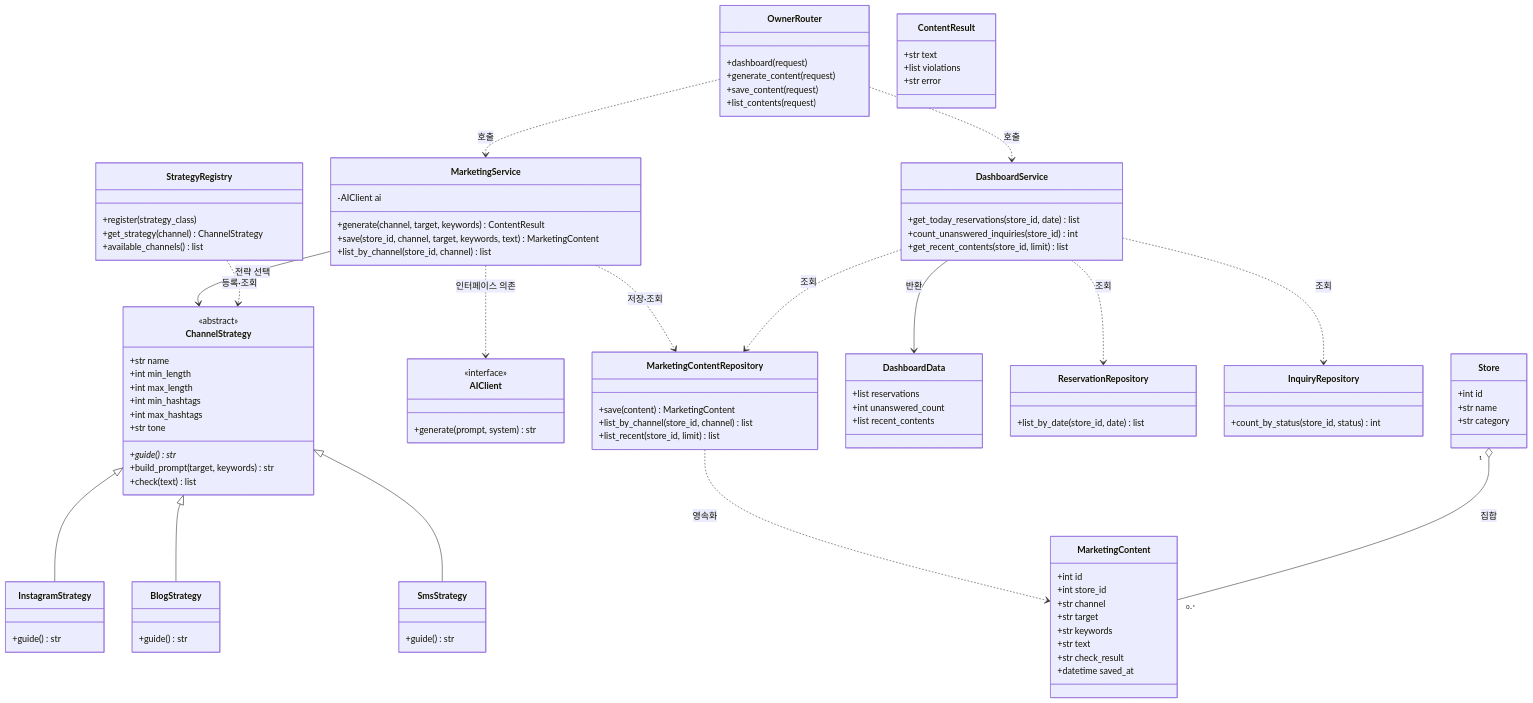
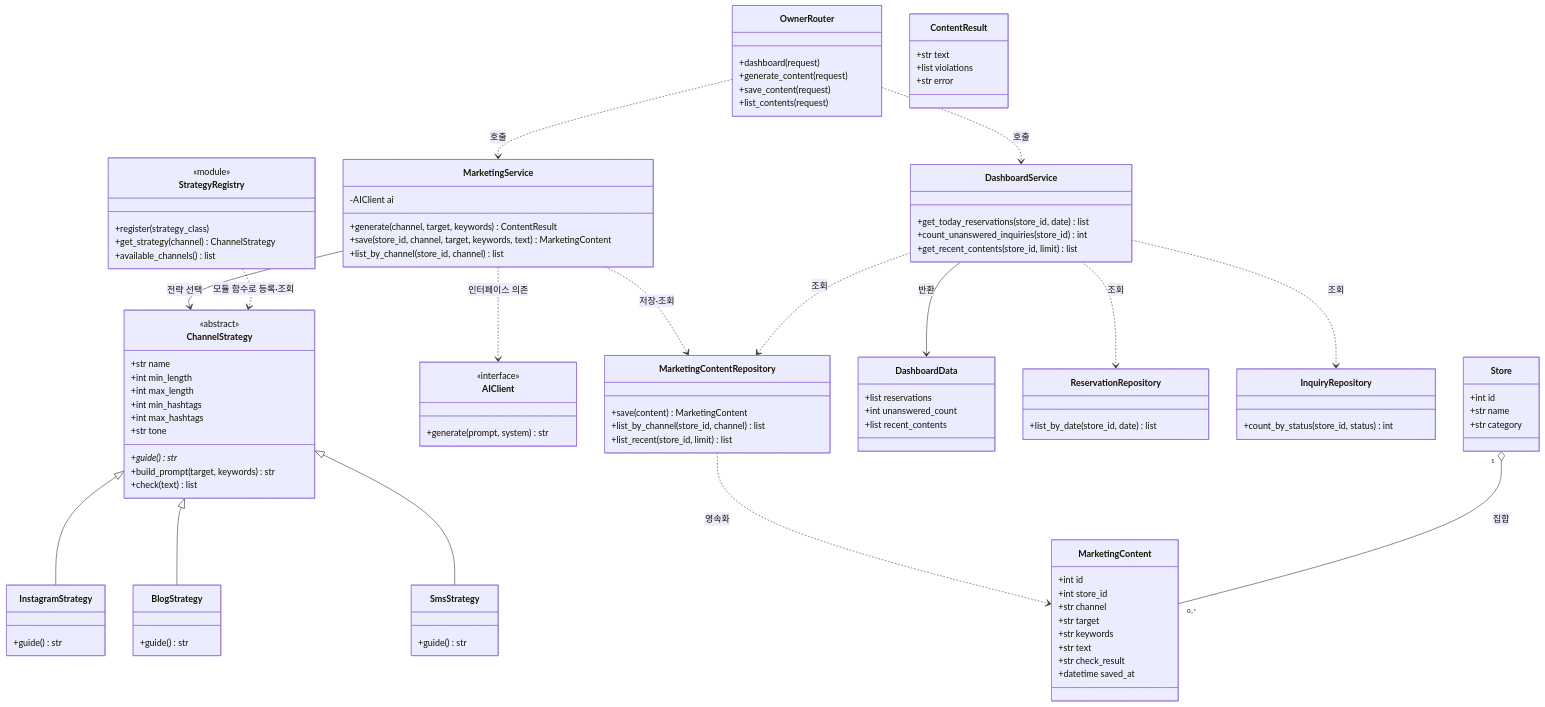
Before and after one commit to sakakinji-maker/sw_make: the diagram in docs/design/class_diagram.md, drawn with Mermaid. The commit also changed other lines of this file, not shown here.

```diff
--- a/docs/design/class_diagram.md
+++ b/docs/design/class_diagram.md
@@ -63,7 +63,7 @@
   +guide() str
 }
 
-class StrategyRegistry {
+class StrategyRegistry <<module>> {
   +register(strategy_class)
   +get_strategy(channel) ChannelStrategy
   +available_channels() list
@@ -121,7 +121,7 @@
 ChannelStrategy <|-- InstagramStrategy
 ChannelStrategy <|-- BlogStrategy
 ChannelStrategy <|-- SmsStrategy
-StrategyRegistry ..> ChannelStrategy : 등록·조회
+StrategyRegistry ..> ChannelStrategy : 모듈 함수로 등록·조회
 MarketingService ..> AIClient : 인터페이스 의존
 MarketingService ..> MarketingContentRepository : 저장·조회
 DashboardService ..> ReservationRepository : 조회
```
